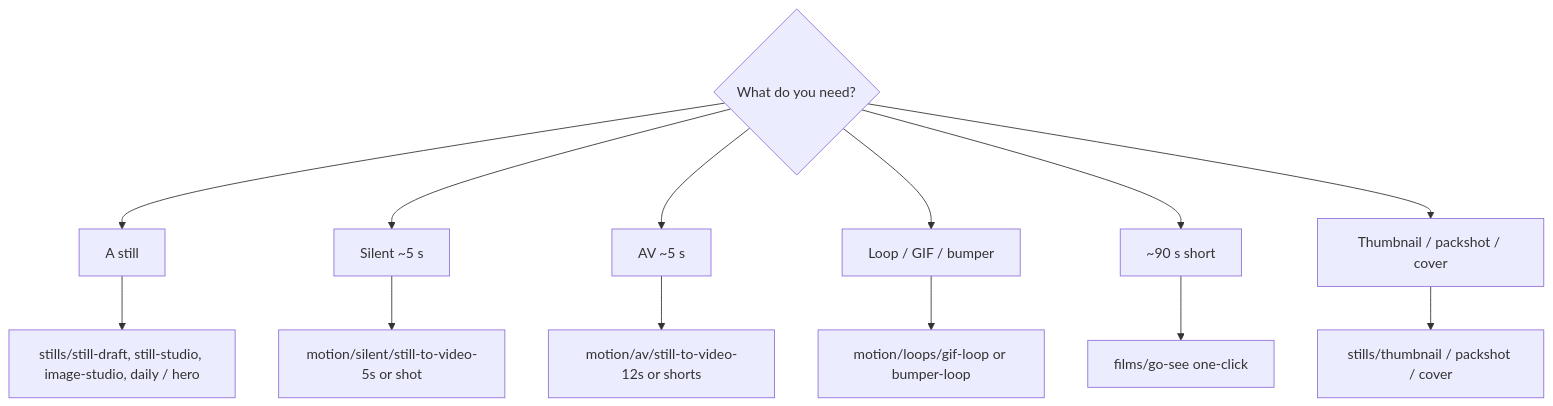
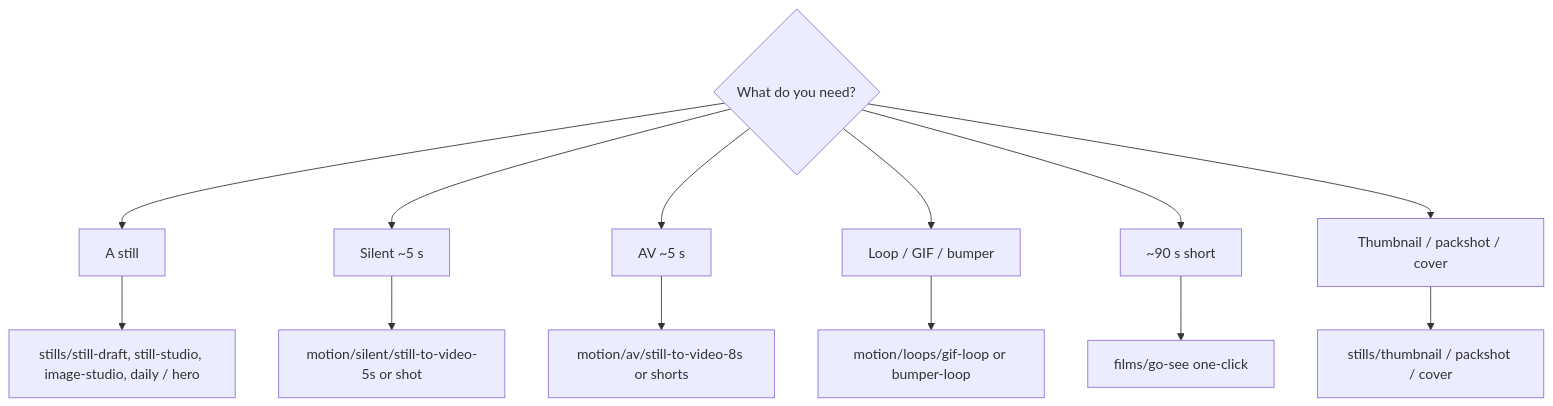
Before and after one commit to toxicoder/ez-comfy-stack: the diagram in docs/studio-workflows.mdx, drawn with Mermaid. The commit also changed other lines of this file and 306 other files, not shown here.

````diff
--- a/docs/studio-workflows.mdx
+++ b/docs/studio-workflows.mdx
@@ -53,15 +53,15 @@
 ```mermaid
 flowchart TB
   Need{"What do you need?"} --> Still["A still"]
   Need --> Motion["Silent ~5 s"]
   Need --> AV["AV ~5 s"]
   Need --> Loop["Loop / GIF / bumper"]
   Need --> Film["~90 s short"]
   Need --> Plate["Thumbnail / packshot / cover"]
   Still --> K["stills/still-draft, still-studio, image-studio, daily / hero"]
   Motion --> W["motion/silent/still-to-video-5s or shot"]
-  AV --> L["motion/av/still-to-video-12s or shorts"]
+  AV --> L["motion/av/still-to-video-8s or shorts"]
   Loop --> G["motion/loops/gif-loop or bumper-loop"]
   Film --> F["films/go-see one-click"]
   Plate --> C["stills/thumbnail / packshot / cover"]
 ```
````
